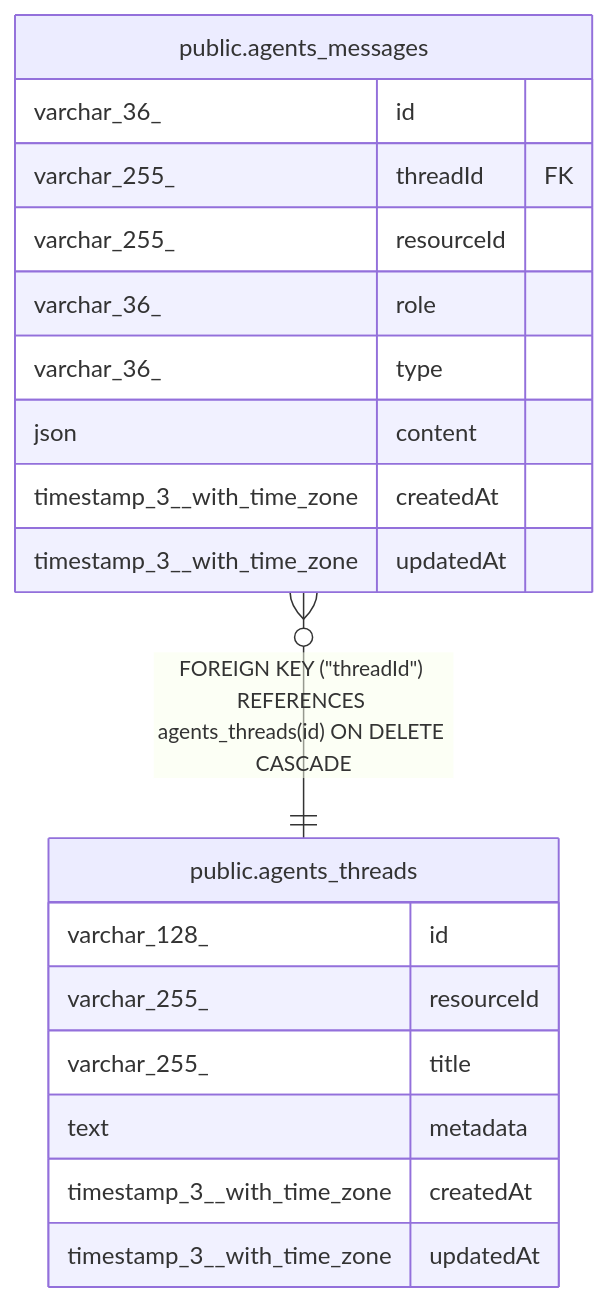
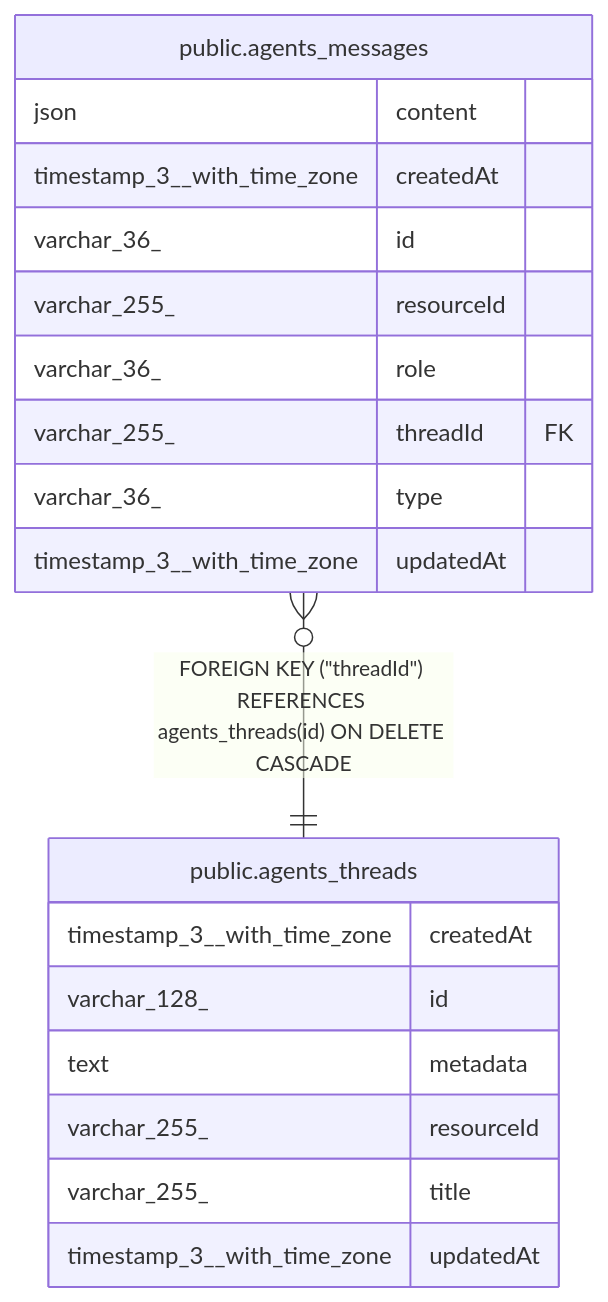
Before and after one commit to mayankjain1815-commits/n8n: the diagram in docs/generated/postgres-schema/public.agents_messages.md, drawn with Mermaid. The commit also changed other lines of this file and 221 other files, not shown here.

Commit message:
chore(core): Make DB schema docs generation deterministic (#32373)

````diff
--- a/docs/generated/postgres-schema/public.agents_messages.md
+++ b/docs/generated/postgres-schema/public.agents_messages.md
@@ -40,24 +40,24 @@
 ```mermaid
 erDiagram
 
 "public.agents_messages" }o--|| "public.agents_threads" : "FOREIGN KEY (#quot;threadId#quot;) REFERENCES agents_threads(id) ON DELETE CASCADE"
 
 "public.agents_messages" {
+  json content
+  timestamp_3__with_time_zone createdAt
   varchar_36_ id
-  varchar_255_ threadId FK
   varchar_255_ resourceId
   varchar_36_ role
+  varchar_255_ threadId FK
   varchar_36_ type
-  json content
-  timestamp_3__with_time_zone createdAt
   timestamp_3__with_time_zone updatedAt
 }
 "public.agents_threads" {
+  timestamp_3__with_time_zone createdAt
   varchar_128_ id
+  text metadata
   varchar_255_ resourceId
   varchar_255_ title
-  text metadata
-  timestamp_3__with_time_zone createdAt
   timestamp_3__with_time_zone updatedAt
 }
 ```
````
